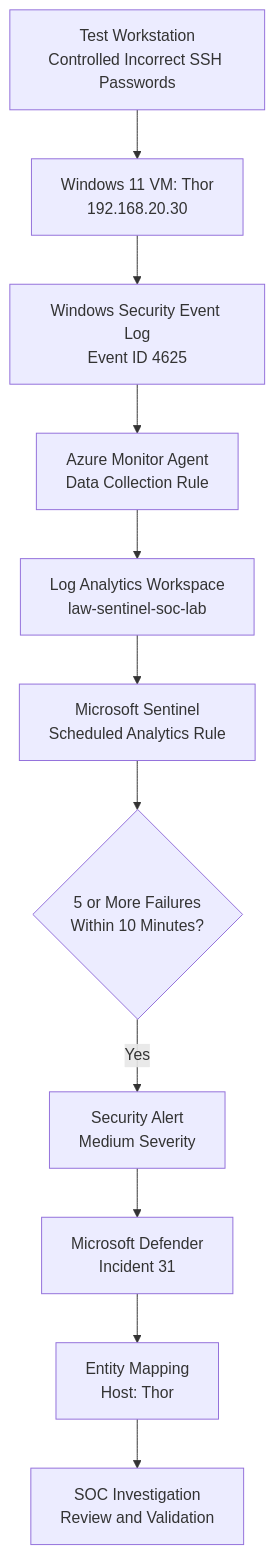
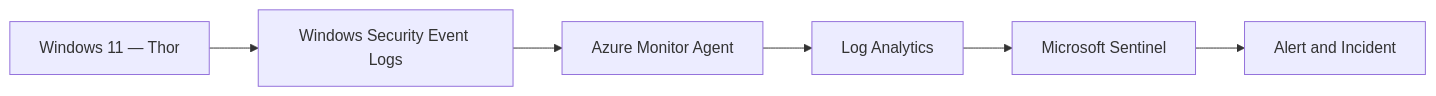
The first of 2 diagrams in investigations/01-windows-failed-logons/README.md (CyberAmal/microsoft-sentinel-cloud-soc), drawn with Mermaid before and after one commit. The commit also changed other lines of this file, not shown here.

````diff
--- a/investigations/01-windows-failed-logons/README.md
+++ b/investigations/01-windows-failed-logons/README.md
@@ -60,25 +16,8 @@
 ```mermaid
-flowchart TD
-    A["Test Workstation<br/>Controlled Incorrect SSH Passwords"]
-    B["Windows 11 VM: Thor<br/>192.168.20.30"]
-    C["Windows Security Event Log<br/>Event ID 4625"]
-    D["Azure Monitor Agent<br/>Data Collection Rule"]
-    E["Log Analytics Workspace<br/>law-sentinel-soc-lab"]
-    F["Microsoft Sentinel<br/>Scheduled Analytics Rule"]
-    G{"5 or More Failures<br/>Within 10 Minutes?"}
-    H["Security Alert<br/>Medium Severity"]
-    I["Microsoft Defender<br/>Incident 31"]
-    J["Entity Mapping<br/>Host: Thor"]
-    K["SOC Investigation<br/>Review and Validation"]
-
-    A --> B
-    B --> C
-    C --> D
-    D --> E
-    E --> F
-    F --> G
-    G -->|Yes| H
-    H --> I
-    I --> J
-    J --> K
+flowchart LR
+    A["Windows 11 — Thor"] --> B["Windows Security Event Logs"]
+    B --> C["Azure Monitor Agent"]
+    C --> D["Log Analytics"]
+    D --> E["Microsoft Sentinel"]
+    E --> F["Alert and Incident"]
 ```
````
